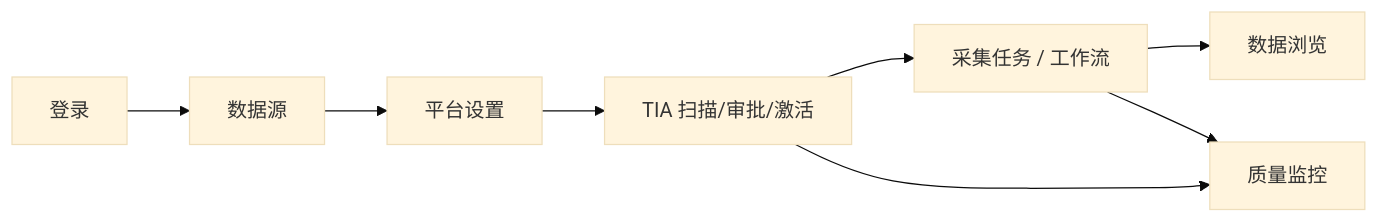
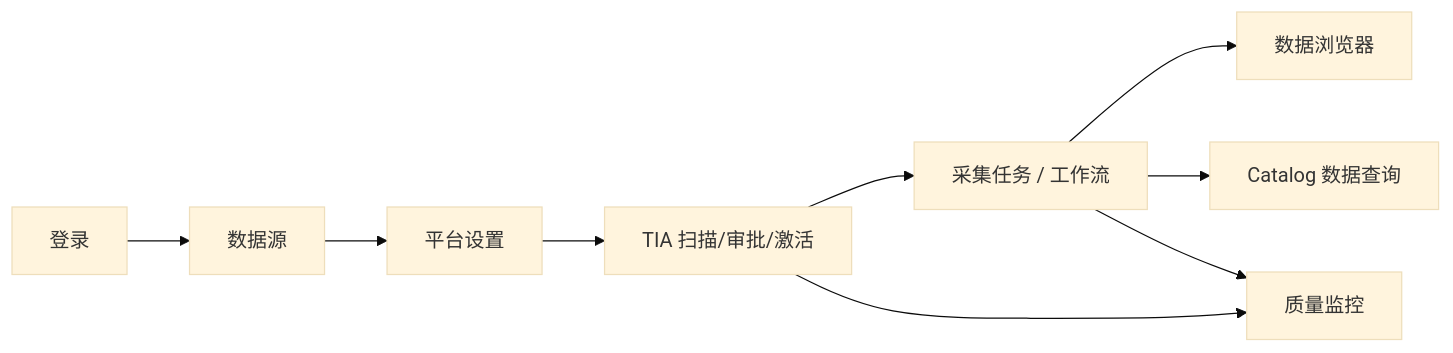
The diagram in backend/README.md (yorkqqcom/ninehub), drawn with Mermaid (base theme) before and after one commit. The commit also changed other lines of this file and 11 other files, not shown here.

````diff
--- a/backend/README.md
+++ b/backend/README.md
@@ -216,10 +280,11 @@
 ```mermaid
 flowchart LR
   A[登录] --> B[数据源]
   B --> C[平台设置]
   C --> D[TIA 扫描/审批/激活]
   D --> E[采集任务 / 工作流]
-  E --> F[数据浏览]
+  E --> F[数据浏览器]
+  E --> H[Catalog 数据查询]
   E --> G[质量监控]
   D --> G
 ```
````
